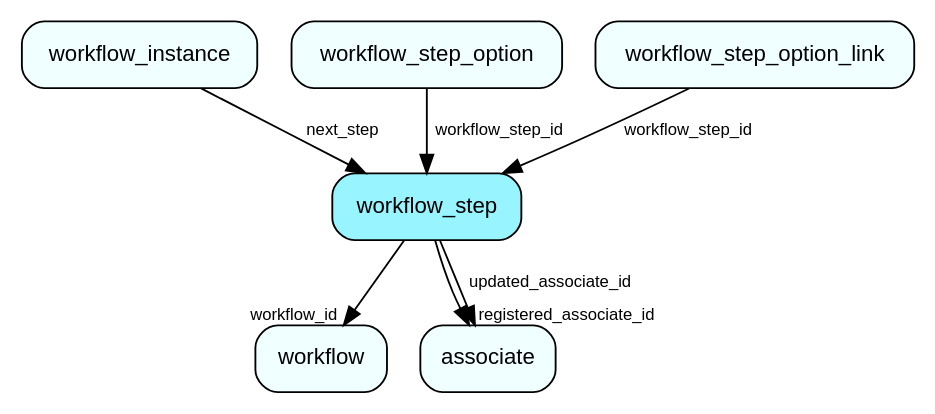
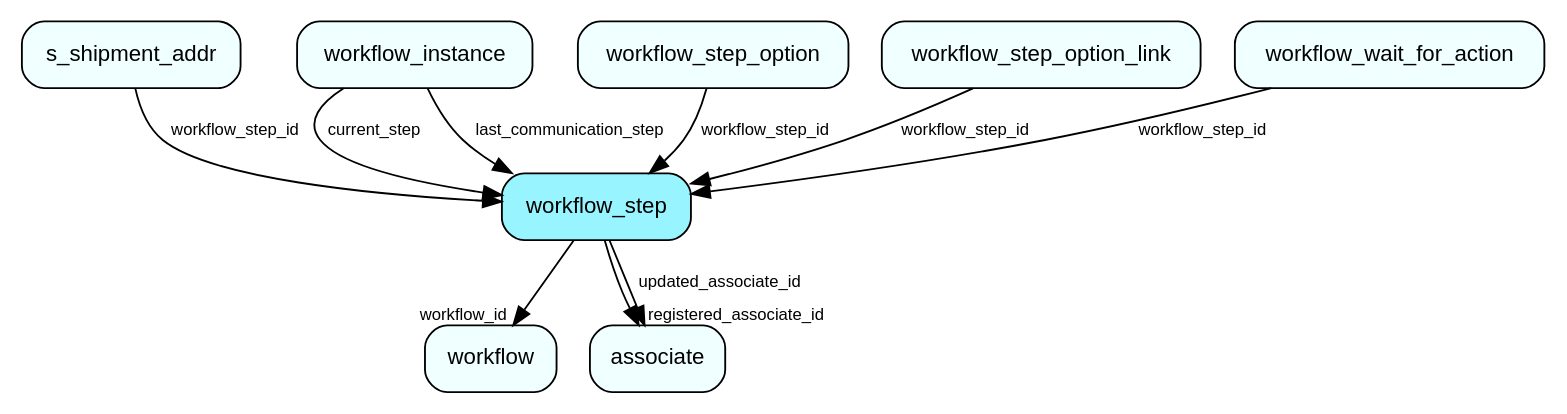
One commit to SuperOfficeDocs/superoffice-docs changed the diagram in docs/en/database/tables/media/workflow_step.dot. Above: the diagram before and after it, drawn with Graphviz. The commit also changed 121 other files, not shown here.

```diff
--- a/docs/en/database/tables/media/workflow_step.dot
+++ b/docs/en/database/tables/media/workflow_step.dot
@@ -1,17 +1,22 @@
 digraph workflow_step  {
 node [shape = box style="rounded, filled" fontname = "Helvetica" fontsize = "12" ]
 edge [fontname = "Helvetica" fontsize = "9"]
 
 workflow_step[fillcolor = "cadetblue1"]
 workflow[fillcolor = "azure1"]
 associate[fillcolor = "azure1"]
+s_shipment_addr[fillcolor = "azure1"]
 workflow_instance[fillcolor = "azure1"]
 workflow_step_option[fillcolor = "azure1"]
 workflow_step_option_link[fillcolor = "azure1"]
+workflow_wait_for_action[fillcolor = "azure1"]
 workflow_step -> workflow [headlabel = "workflow_id"]
 workflow_step -> associate [headlabel = "registered_associate_id"]
 workflow_step -> associate [label = "updated_associate_id"]
-workflow_instance -> workflow_step [label = "next_step"]
+s_shipment_addr -> workflow_step [label = "workflow_step_id"]
+workflow_instance -> workflow_step [label = "current_step"]
+workflow_instance -> workflow_step [label = "last_communication_step"]
 workflow_step_option -> workflow_step [label = "workflow_step_id"]
 workflow_step_option_link -> workflow_step [label = "workflow_step_id"]
+workflow_wait_for_action -> workflow_step [label = "workflow_step_id"]
 }
```
